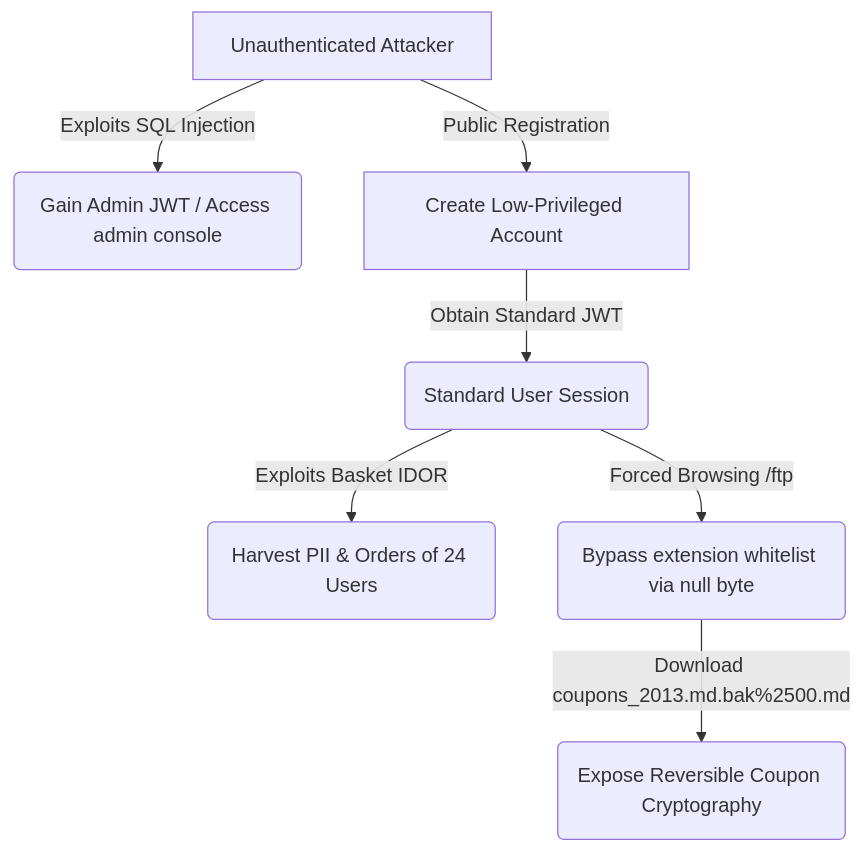
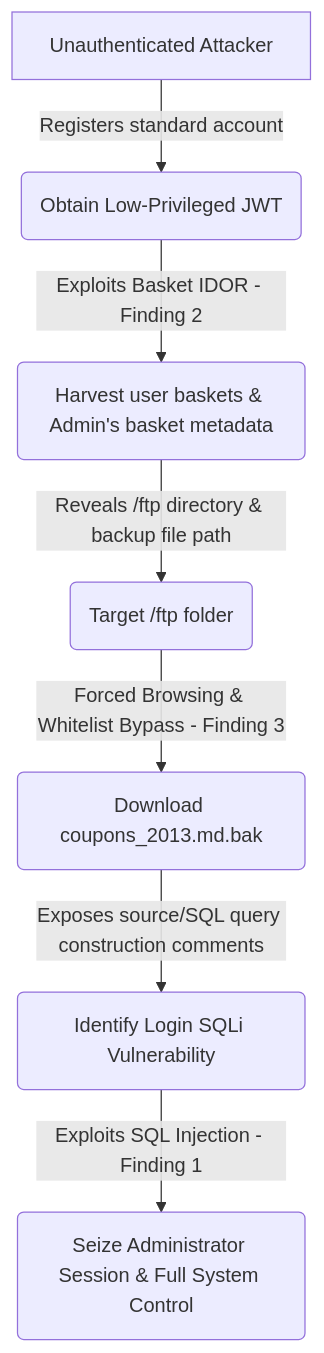
Before and after one commit to VictorOduorKe/OWASP-top-10-juiceshop: the diagram in README.md, drawn with Mermaid. The commit also changed other lines of this file and 1 other file, not shown here.

Commit message:
tighten attack chain dependency rationale (IDOR -> exposed paths -> backup download -> SQLi login query info leak -> admin bypass)

````diff
--- a/README.md
+++ b/README.md
@@ -21,9 +21,9 @@
 ```mermaid
 graph TD
-    A[Unauthenticated Attacker] -->|Exploits SQL Injection| B(Gain Admin JWT / Access admin console)
-    A -->|Public Registration| C[Create Low-Privileged Account]
-    C -->|Obtain Standard JWT| D(Standard User Session)
-    D -->|Exploits Basket IDOR| E(Harvest PII & Orders of 24 Users)
-    D -->|Forced Browsing /ftp| F(Bypass extension whitelist via null byte)
-    F -->|Download coupons_2013.md.bak%2500.md| G(Expose Reversible Coupon Cryptography)
+    A[Unauthenticated Attacker] -->|Registers standard account| B(Obtain Low-Privileged JWT)
+    B -->|Exploits Basket IDOR - Finding 2| C(Harvest user baskets & Admin's basket metadata)
+    C -->|Reveals /ftp directory & backup file path| D(Target /ftp folder)
+    D -->|Forced Browsing & Whitelist Bypass - Finding 3| E(Download coupons_2013.md.bak)
+    E -->|Exposes source/SQL query construction comments| F(Identify Login SQLi Vulnerability)
+    F -->|Exploits SQL Injection - Finding 1| G(Seize Administrator Session & Full System Control)
 ```
````
